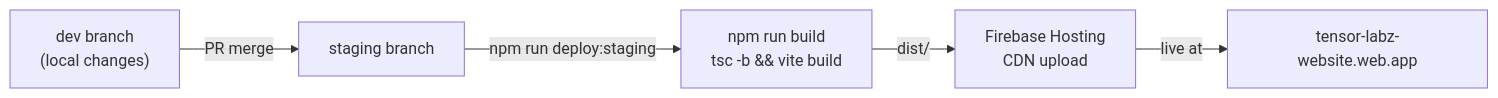
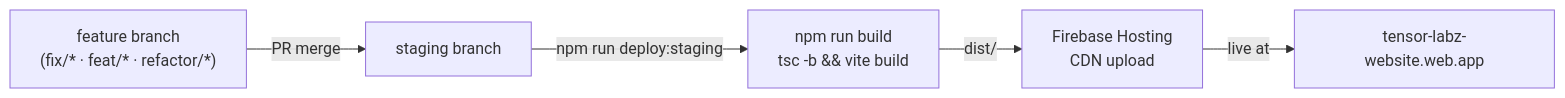
Before and after one commit to tensor-labz/tensor-labz-docs: the first of 2 diagrams in docs/deployment/staging.md, drawn with Mermaid. The commit also changed 3 other files, not shown here.

First line of the commit message:
docs: branch flow (feature → staging → main) + shared content composition

````diff
--- a/docs/deployment/staging.md
+++ b/docs/deployment/staging.md
@@ -15,7 +15,7 @@
 ```mermaid
 flowchart LR
-    Dev["dev branch\n(local changes)"] -- "PR merge" --> Staging["staging branch"]
+    Feat["feature branch\n(fix/* · feat/* · refactor/*)"] -- "PR merge" --> Staging["staging branch"]
     Staging -- "npm run deploy:staging" --> Build["npm run build\ntsc -b && vite build"]
     Build -- "dist/" --> Firebase["Firebase Hosting\nCDN upload"]
     Firebase -- "live at" --> URL["tensor-labz-website.web.app"]
 ```
````
